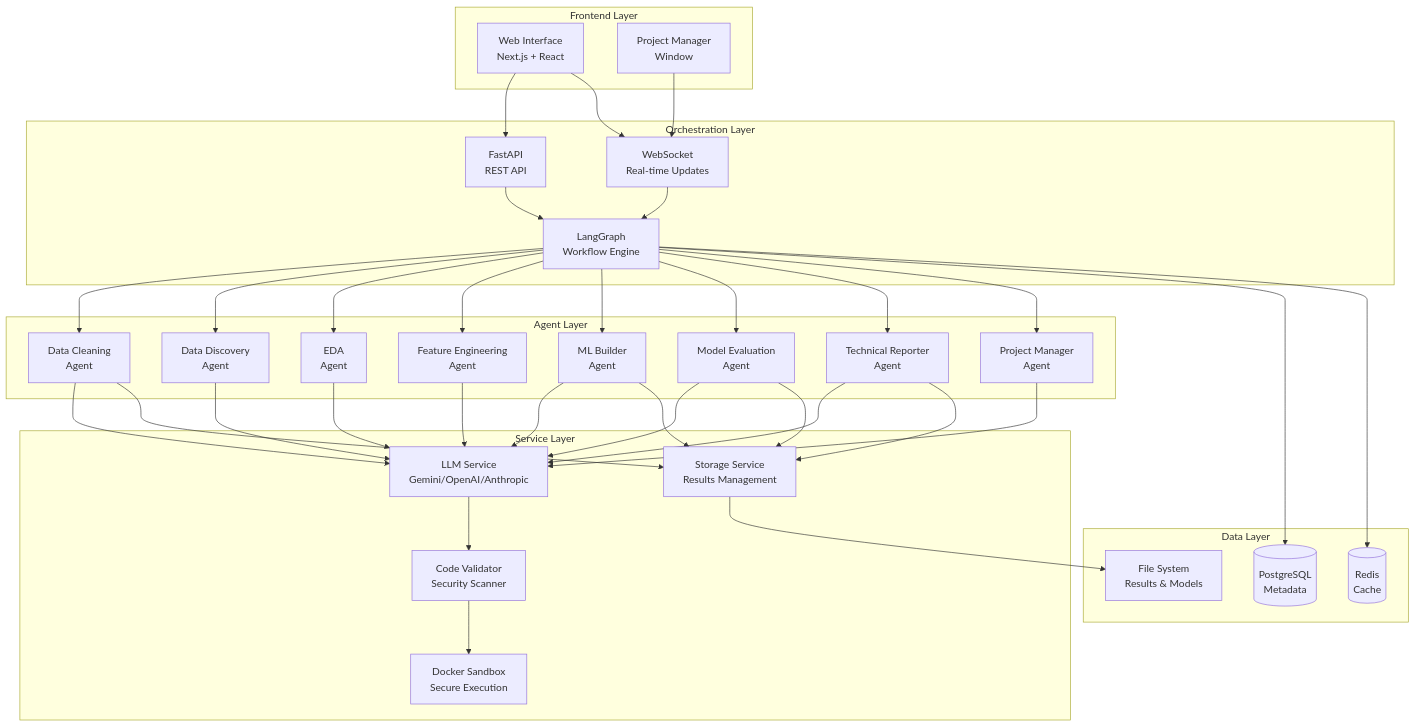
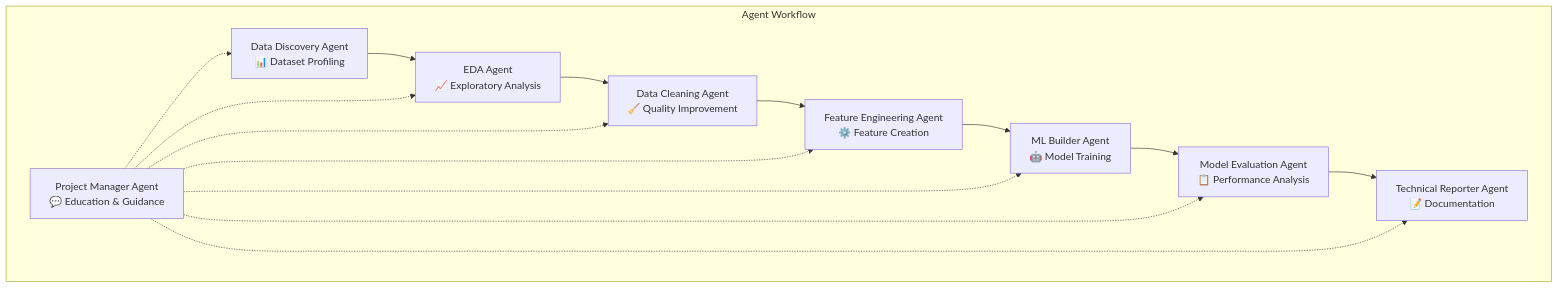
One commit to Mohan-this-side/Classify.ai changed the diagram in README.md. Above: the diagram before and after it, drawn with Mermaid. The commit also changed other lines of this file and 241 other files, not shown here.

Commit message:
feat: Frontend Revamp + double layer integration

````diff
--- a/README.md
+++ b/README.md
@@ -96,73 +56,27 @@
 ```mermaid
 graph TB
-    subgraph "Frontend Layer"
-        UI[Web Interface<br/>Next.js + React]
-        PM[Project Manager<br/>Window]
+    subgraph "Agent Workflow"
+        DD[Data Discovery Agent<br/>📊 Dataset Profiling]
+        EDA[EDA Agent<br/>📈 Exploratory Analysis]
+        DC[Data Cleaning Agent<br/>🧹 Quality Improvement]
+        FE[Feature Engineering Agent<br/>⚙️ Feature Creation]
+        ML[ML Builder Agent<br/>🤖 Model Training]
+        ME[Model Evaluation Agent<br/>📋 Performance Analysis]
+        TR[Technical Reporter Agent<br/>📝 Documentation]
+        PM[Project Manager Agent<br/>💬 Education & Guidance]
     end
     
-    subgraph "Orchestration Layer"
-        API[FastAPI<br/>REST API]
-        WS[WebSocket<br/>Real-time Updates]
-        LG[LangGraph<br/>Workflow Engine]
-    end
-    
-    subgraph "Agent Layer"
-        DC[Data Cleaning<br/>Agent]
-        DD[Data Discovery<br/>Agent]
-        EDA[EDA<br/>Agent]
-        FE[Feature Engineering<br/>Agent]
-        ML[ML Builder<br/>Agent]
-        ME[Model Evaluation<br/>Agent]
-        TR[Technical Reporter<br/>Agent]
-        PMA[Project Manager<br/>Agent]
-    end
-    
-    subgraph "Service Layer"
-        LLM[LLM Service<br/>Gemini/OpenAI/Anthropic]
-        VAL[Code Validator<br/>Security Scanner]
-        SAND[Docker Sandbox<br/>Secure Execution]
-        STOR[Storage Service<br/>Results Management]
-    end
-    
-    subgraph "Data Layer"
-        DB[(PostgreSQL<br/>Metadata)]
-        REDIS[(Redis<br/>Cache)]
-        FS[File System<br/>Results & Models]
-    end
-    
-    UI --> API
-    UI --> WS
-    PM --> WS
-    API --> LG
-    WS --> LG
-    
-    LG --> DC
-    LG --> DD
-    LG --> EDA
-    LG --> FE
-    LG --> ML
-    LG --> ME
-    LG --> TR
-    LG --> PMA
-    
-    DC --> LLM
-    DD --> LLM
-    EDA --> LLM
-    FE --> LLM
-    ML --> LLM
-    ME --> LLM
-    TR --> LLM
-    PMA --> LLM
-    
-    LLM --> VAL
-    VAL --> SAND
-    
-    DC --> STOR
-    ML --> STOR
-    ME --> STOR
-    TR --> STOR
-    
-    STOR --> FS
-    LG --> DB
-    LG --> REDIS
+    DD --> EDA
+    EDA --> DC
+    DC --> FE
+    FE --> ML
+    ML --> ME
+    ME --> TR
+    PM -.-> DD
+    PM -.-> EDA
+    PM -.-> DC
+    PM -.-> FE
+    PM -.-> ML
+    PM -.-> ME
+    PM -.-> TR
 ```
````
